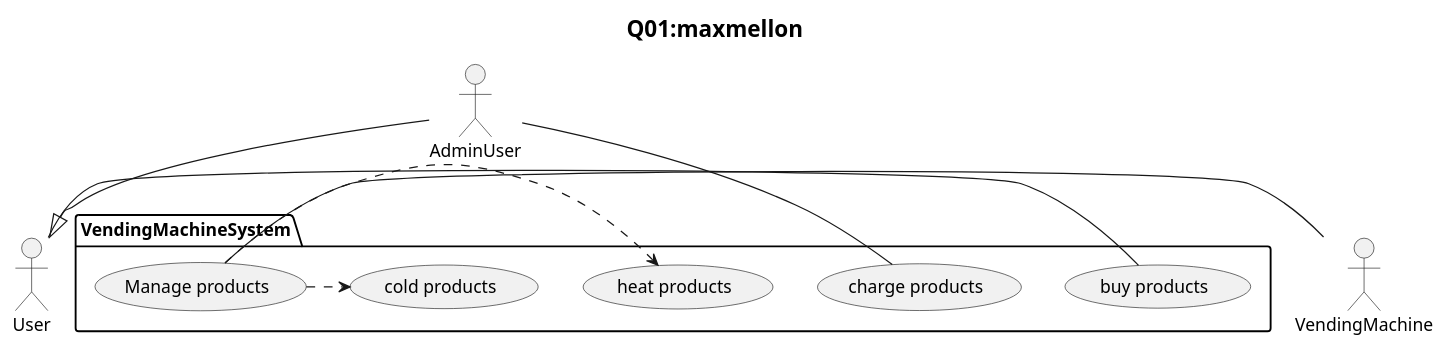
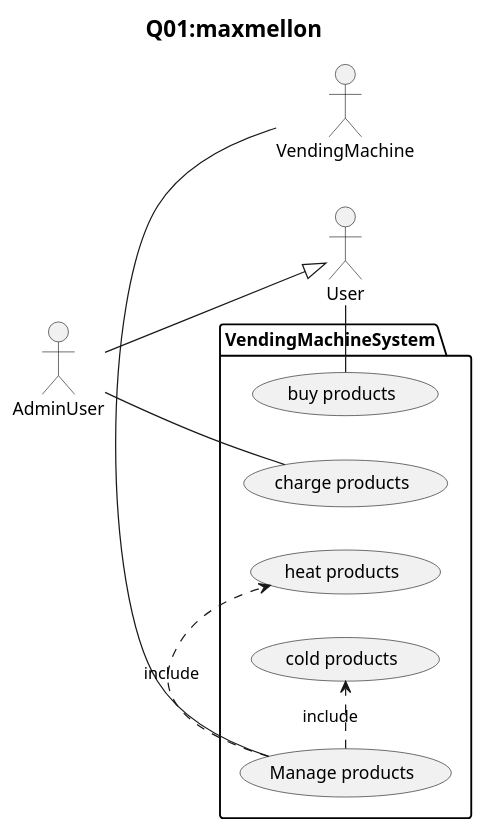
One commit to SLP-ETR-public/plantUML-recture changed the diagram in maxmellon/Q01/Q01.pu. Above: the diagram before and after it, drawn with PlantUML. The commit also changed 1 other file, not shown here.

```diff
--- a/maxmellon/Q01/Q01.pu
+++ b/maxmellon/Q01/Q01.pu
@@ -1,24 +1,25 @@
 @startuml Q01.png
 title <size:18>Q01:maxmellon</size>
 actor User as user
 actor AdminUser as admin
 actor VendingMachine as vending
 user <|-up- admin
 
-top to bottom direction
+left to right direction
 
 package "VendingMachineSystem" {
 
   usecase (buy products)    as buyCase
   usecase (charge products) as chargeCase
   usecase (Manage products) as manageCase
   usecase (heat products)   as heat
   usecase (cold products)   as cold
 
-  user -ri- buyCase
-  admin -ri- chargeCase
+  user    -ri- buyCase
+  admin   -ri- chargeCase
   vending -le- manageCase
-  manageCase .ri.> heat
-  manageCase .ri.> cold
+
+  manageCase .ri.> heat : include
+  manageCase .ri.> cold : include
 }
 @enduml
```
